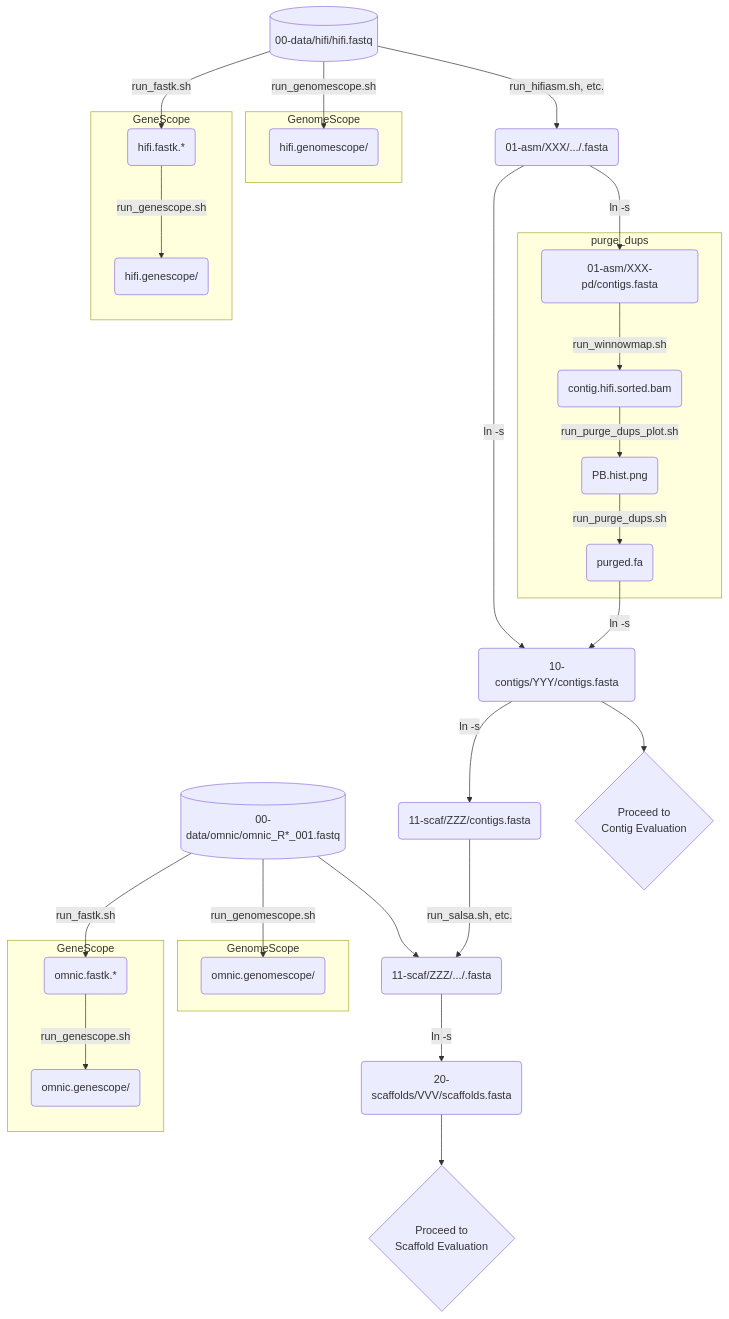
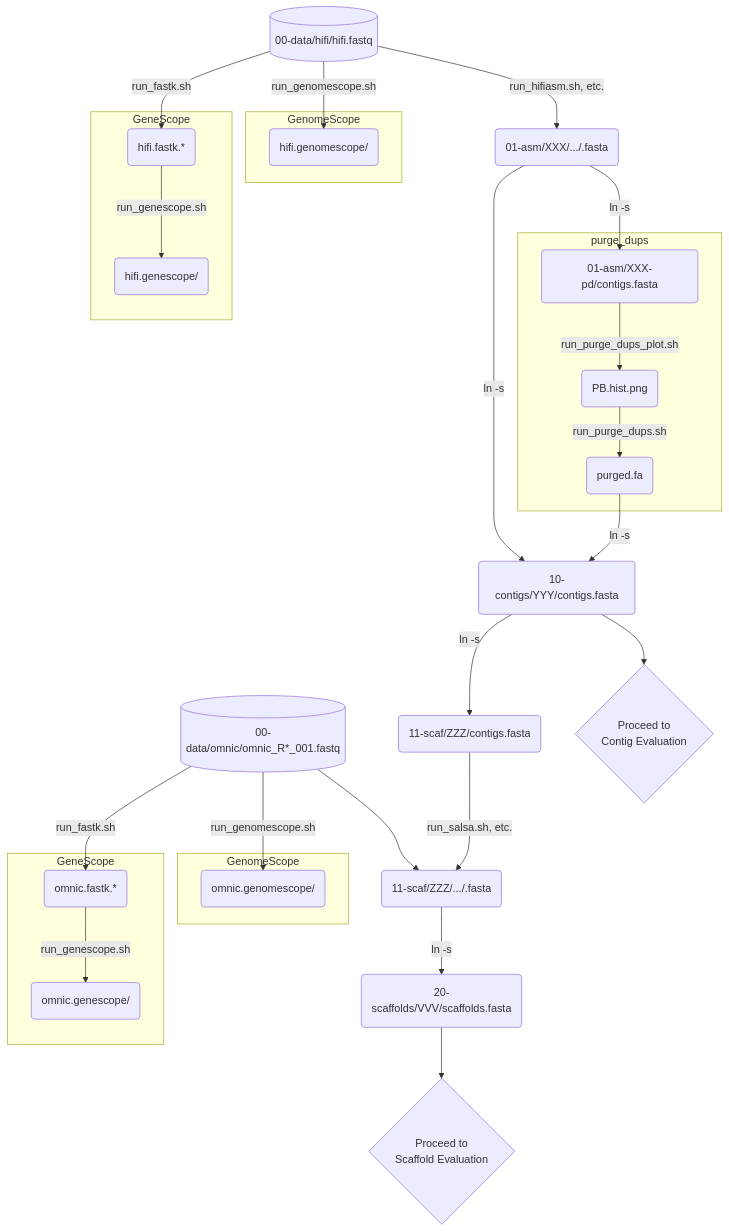
One commit to yoshihikosuzuki/ant-asm-workflow changed the diagram in asset/dependency-asm.md. Above: the diagram before and after it, drawn with Mermaid. The commit also changed 5 other files, not shown here.

Commit message:
update purge_dups

````diff
--- a/asset/dependency-asm.md
+++ b/asset/dependency-asm.md
@@ -1,69 +1,67 @@
 ```mermaid
 graph TD
 
 HIFI[(00-data/hifi/hifi.fastq)]
 OMNI[(00-data/omnic/omnic_R*_001.fastq)]
 
 subgraph e1 [GeneScope]
 HIFI_FASTK(hifi.fastk.*)
 HIFI_GENESCOPE(hifi.genescope/)
 end
 subgraph o1 [GenomeScope]
 HIFI_GENOMESCOPE(hifi.genomescope/)
 end
 
 subgraph e2 [GeneScope]
 OMNI_FASTK(omnic.fastk.*)
 OMNI_GENESCOPE(omnic.genescope/)
 end
 subgraph o2 [GenomeScope]
 OMNI_GENOMESCOPE(omnic.genomescope/)
 end
 
 CONTIG("01-asm/XXX/.../<any-contigs>.fasta")
 subgraph purge_dups
 CONTIG_PD_SYM("01-asm/XXX-pd/contigs.fasta")
-CONTIG_PAF(contig.hifi.sorted.bam)
 PD_PLOT(PB.hist.png)
 CONTIG_PD(purged.fa)
 end
 
 SCAF("11-scaf/ZZZ/.../<any-scaffolds>.fasta")
 CONTIG_SYM -->|ln -s| CONTIG_SYMSYM
 
 CONTIG_SYMSYM -->|run_salsa.sh, etc.| SCAF
 
 SCAF_SYM("20-scaffolds/VVV/scaffolds.fasta")
 SCAF_EVAL{"Proceed to<br>Scaffold Evaluation"}
 
 CONTIG_SYM(10-contigs/YYY/contigs.fasta)
 CONTIG_SYMSYM(11-scaf/ZZZ/contigs.fasta)
 CONTIG_EVAL{"Proceed to<br>Contig Evaluation"}
 
 
 
 HIFI -->|run_fastk.sh| HIFI_FASTK
 HIFI_FASTK -->|run_genescope.sh| HIFI_GENESCOPE
 HIFI -->|run_genomescope.sh| HIFI_GENOMESCOPE
 
 OMNI -->|run_fastk.sh| OMNI_FASTK
 OMNI_FASTK -->|run_genescope.sh| OMNI_GENESCOPE
 OMNI -->|run_genomescope.sh| OMNI_GENOMESCOPE
 
 HIFI -->|run_hifiasm.sh, etc.| CONTIG
 CONTIG -->|ln -s| CONTIG_SYM
 
 CONTIG -->|ln -s| CONTIG_PD_SYM
-CONTIG_PD_SYM -->|run_winnowmap.sh| CONTIG_PAF
-CONTIG_PAF -->|run_purge_dups_plot.sh| PD_PLOT
+CONTIG_PD_SYM -->|run_purge_dups_plot.sh| PD_PLOT
 PD_PLOT -->|run_purge_dups.sh| CONTIG_PD
 CONTIG_PD -->|ln -s| CONTIG_SYM
 
 CONTIG_SYM --> CONTIG_EVAL
 
 OMNI --> SCAF
 
 SCAF -->|ln -s| SCAF_SYM
 SCAF_SYM --> SCAF_EVAL
 
 ```
````
